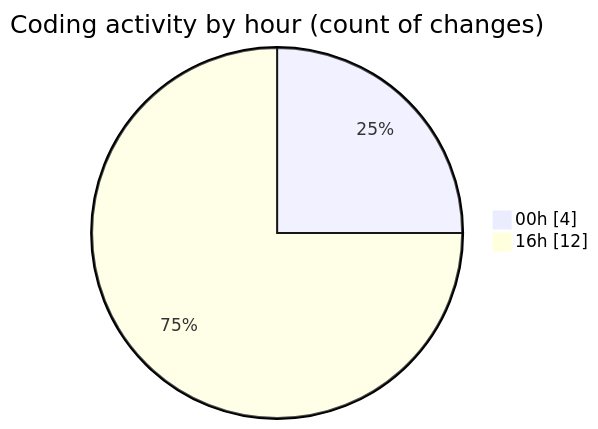
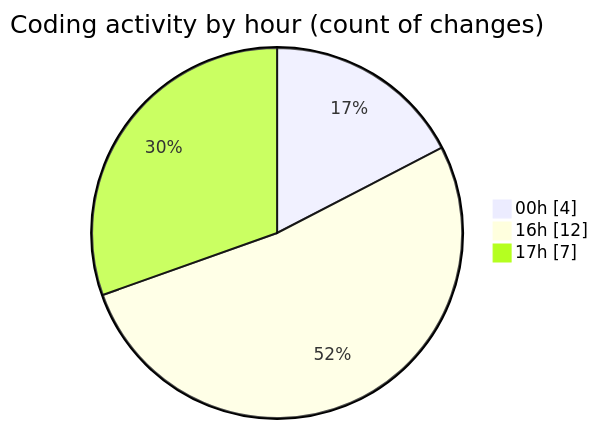
One commit to FixMe24/code-tracking changed the second of 2 diagrams in 2025-05-20/fixme24/README.md. Above: the diagram before and after it, drawn with Mermaid. The commit also changed other lines of this file and 1 other file, not shown here.

````diff
--- a/2025-05-20/fixme24/README.md
+++ b/2025-05-20/fixme24/README.md
@@ -41,6 +46,7 @@
 ```mermaid
 pie showData
 title Coding activity by hour (count of changes)
 "00h" : 4
 "16h" : 12
+"17h" : 7
 ```
````
